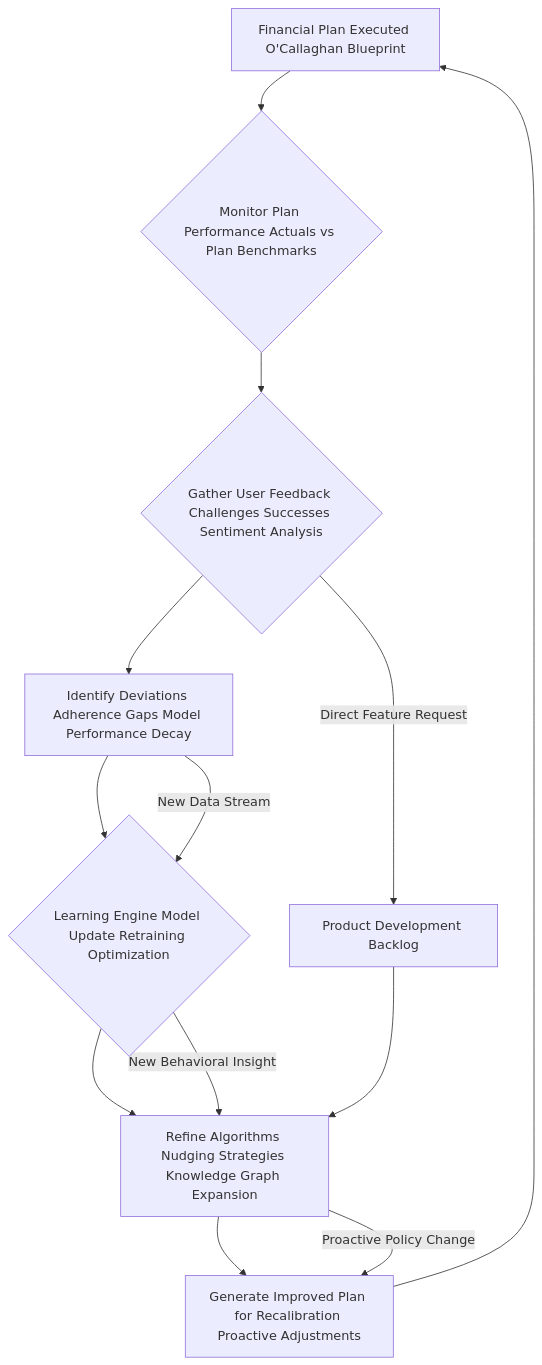
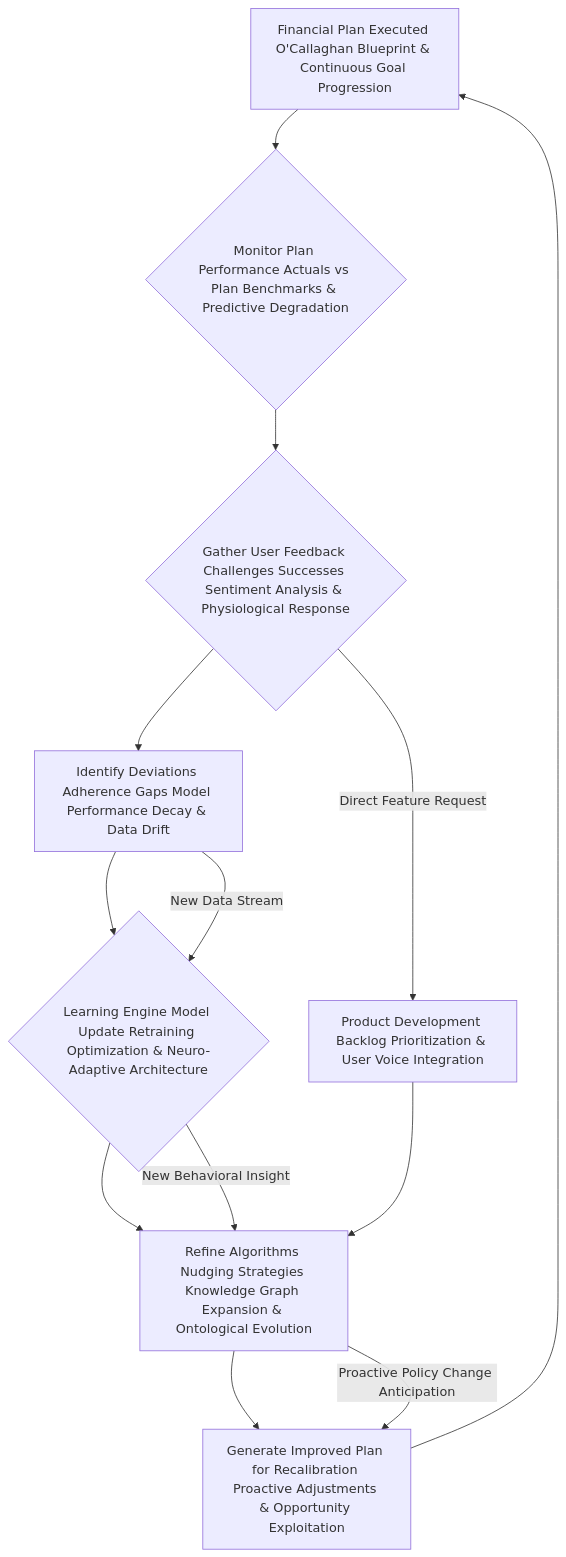
Diagram 12 of 12 in inventions/004_ai_financial_plan_for_goals/generative_ai_prompt_template.md (diplomat-bit/Citibank_Demo_Business_Inc_Demonstration-), drawn with Mermaid before and after one commit. The commit also changed other lines of this file, not shown here.

Commit message:
[AI] Edit: inventions/004_ai_financial_plan_for_goals/generative_ai_prompt_template.md

````diff
--- a/inventions/004_ai_financial_plan_for_goals/generative_ai_prompt_template.md
+++ b/inventions/004_ai_financial_plan_for_goals/generative_ai_prompt_template.md
@@ -1241,15 +1257,15 @@
 ```mermaid
 graph TD
-    A[Financial Plan Executed O'Callaghan Blueprint] --> B{Monitor Plan Performance Actuals vs Plan Benchmarks}
-    B --> C{Gather User Feedback Challenges Successes Sentiment Analysis}
-    C --> D[Identify Deviations Adherence Gaps Model Performance Decay]
-    D --> E{Learning Engine Model Update Retraining Optimization}
-    E --> F[Refine Algorithms Nudging Strategies Knowledge Graph Expansion]
-    F --> G[Generate Improved Plan for Recalibration Proactive Adjustments]
+    A[Financial Plan Executed O'Callaghan Blueprint & Continuous Goal Progression] --> B{Monitor Plan Performance Actuals vs Plan Benchmarks & Predictive Degradation}
+    B --> C{Gather User Feedback Challenges Successes Sentiment Analysis & Physiological Response}
+    C --> D[Identify Deviations Adherence Gaps Model Performance Decay & Data Drift]
+    D --> E{Learning Engine Model Update Retraining Optimization & Neuro-Adaptive Architecture}
+    E --> F[Refine Algorithms Nudging Strategies Knowledge Graph Expansion & Ontological Evolution]
+    F --> G[Generate Improved Plan for Recalibration Proactive Adjustments & Opportunity Exploitation]
     G --> A
     D -- New Data Stream --> E
     E -- New Behavioral Insight --> F
-    F -- Proactive Policy Change --> G
-    C -- Direct Feature Request --> H[Product Development Backlog]
+    F -- Proactive Policy Change Anticipation --> G
+    C -- Direct Feature Request --> H[Product Development Backlog Prioritization & User Voice Integration]
     H --> F
 ```
````
